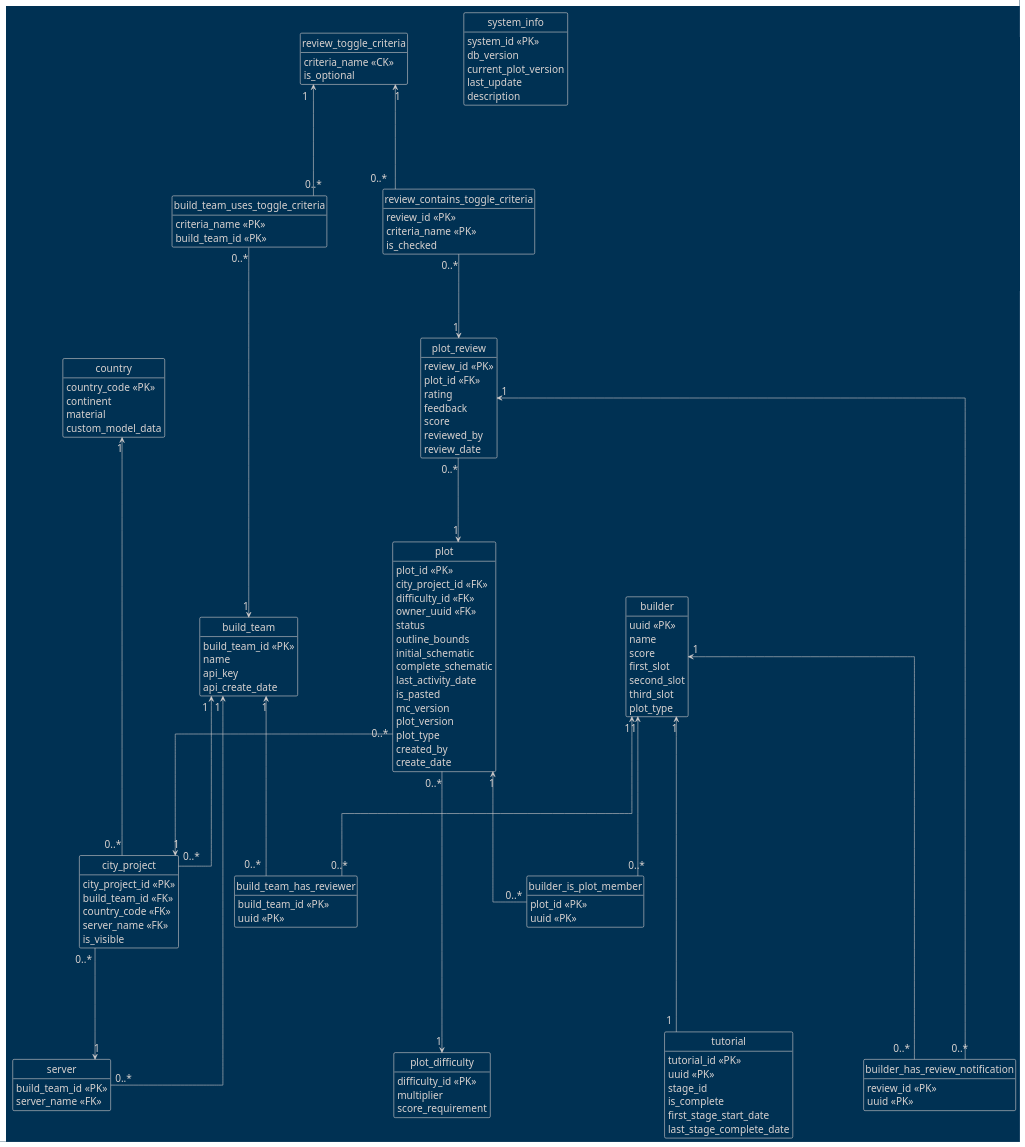
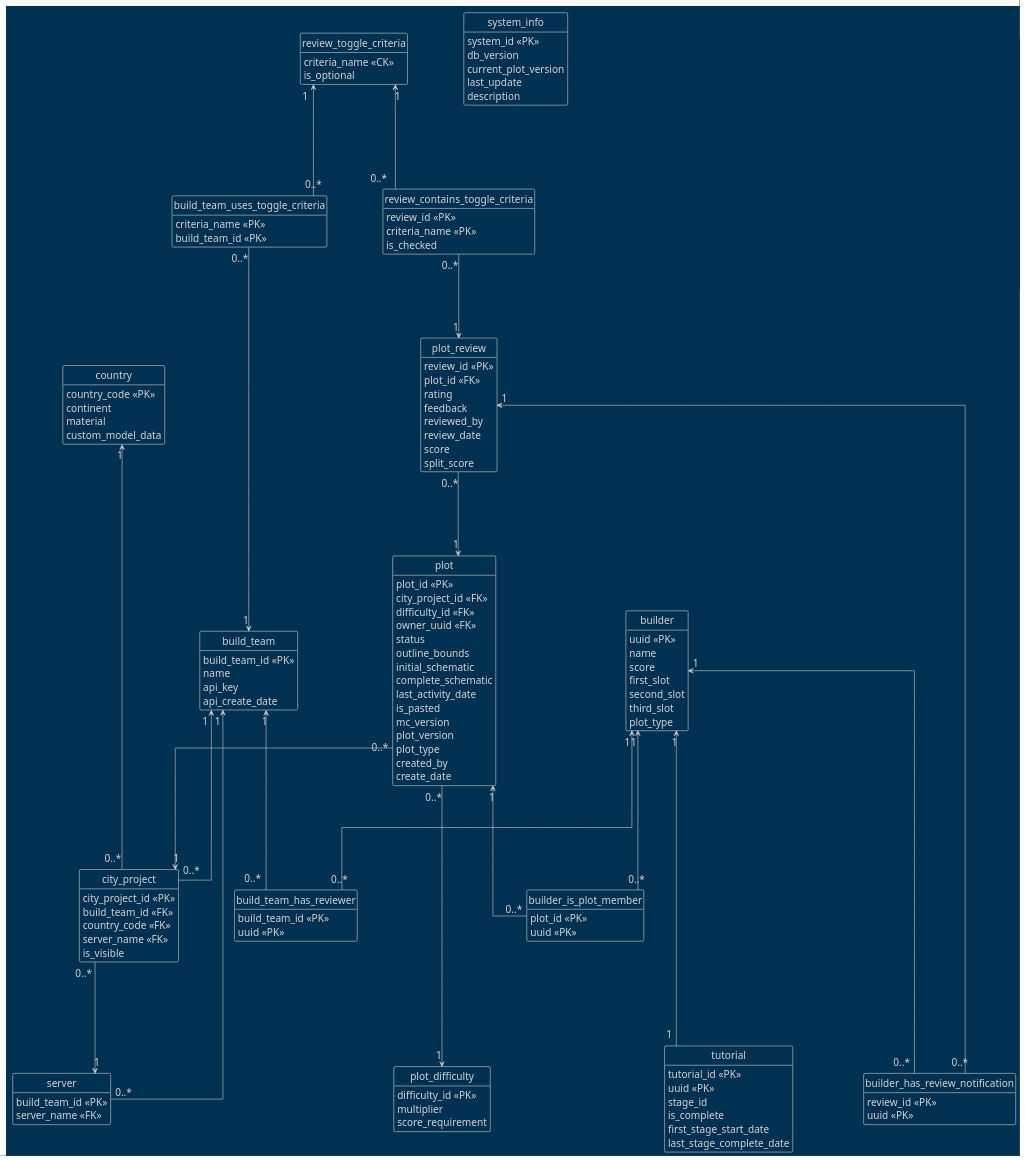
One commit to AlpsBTE/Plot-System-DB changed the diagram in logical-db.puml. Above: the diagram before and after it, drawn with PlantUML. The commit also changed 5 other files, not shown here.

Commit message:
add split_score column to the plot_review table

```diff
--- a/logical-db.puml
+++ b/logical-db.puml
@@ -1,155 +1,156 @@
 @startuml
 skinparam nodesep 100
 skinparam ranksep 150
 skinparam defaultFontSize 18
 
 skinparam linetype ortho
 
 hide circle
 hide empty members
 !theme blueprint
 
 entity system_info {
     system_id <<PK>>
     db_version
     current_plot_version
     last_update
     description
 }
 
 entity build_team {
     build_team_id <<PK>>
     name
     api_key
     api_create_date
 }
 
 entity server {
     build_team_id <<PK>>
     server_name <<FK>>
 }
 
 entity country {
     country_code <<PK>>
     continent
     material
     custom_model_data
 }
 
 entity city_project {
     city_project_id <<PK>>
     build_team_id <<FK>>
     country_code <<FK>>
     server_name <<FK>>
     is_visible
 }
 
 entity builder {
     uuid <<PK>>
     name
     score
     first_slot
     second_slot
     third_slot
     plot_type
 }
 
 entity plot_difficulty {
     difficulty_id <<PK>>
     multiplier
     score_requirement
 }
 
 entity plot {
     plot_id <<PK>>
     city_project_id <<FK>>
     difficulty_id <<FK>>
     owner_uuid <<FK>>
     status
     outline_bounds
     initial_schematic
     complete_schematic
     last_activity_date
     is_pasted
     mc_version
     plot_version
     plot_type
     created_by
     create_date
 }
 
 entity tutorial {
     tutorial_id <<PK>>
     uuid <<PK>>
     stage_id
     is_complete
     first_stage_start_date
     last_stage_complete_date
 }
 
 entity plot_review {
     review_id <<PK>>
     plot_id <<FK>>
     rating
     feedback
-    score
     reviewed_by
     review_date
+    score
+    split_score
 }
 
 entity review_toggle_criteria {
     criteria_name <<CK>>
     is_optional
 }
 
 entity build_team_has_reviewer {
     build_team_id <<PK>>
     uuid <<PK>>
 }
 
 entity builder_has_review_notification {
     review_id <<PK>>
     uuid <<PK>>
 }
 
 entity builder_is_plot_member {
     plot_id <<PK>>
     uuid <<PK>>
 }
 
 entity "build_team_uses_toggle_criteria" {
     criteria_name <<PK>>
     build_team_id <<PK>>
 }
 
 entity "review_contains_toggle_criteria" {
     review_id <<PK>>
     criteria_name <<PK>>
     is_checked
 }
 
 build_team "1" <-- "0..*" build_team_has_reviewer
 build_team "1" <-- "0..*" server
 build_team "1" <-- "0..*" city_project
 
 country "1" <--- "0..*" city_project
 
 city_project "0..*" --> "1" server
 
 plot_review "1" <-- "0..*" builder_has_review_notification
 plot_review "0..*" --> "1" plot
 
 builder "1" <-- "0..*" build_team_has_reviewer
 builder "1" <--- "1" tutorial
 builder "1" <--- "0..*" builder_has_review_notification
 builder "1" <-- "0..*" builder_is_plot_member
 
 plot "0..*" --> "1" city_project
 plot "0..*" ---> "1" plot_difficulty
 plot "1" <-- "0..*" builder_is_plot_member
 
 review_toggle_criteria "1" <-- "0..*" build_team_uses_toggle_criteria
 build_team_uses_toggle_criteria "0..*" -> "1" build_team
 review_toggle_criteria "1" <-- "0..*" review_contains_toggle_criteria
 review_contains_toggle_criteria "0..*" --> "1" plot_review
 @enduml
```
